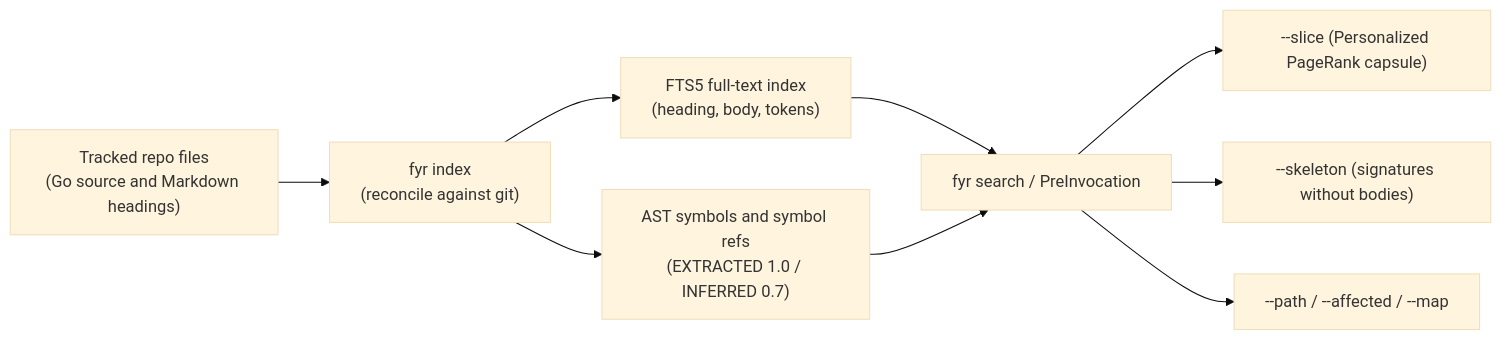
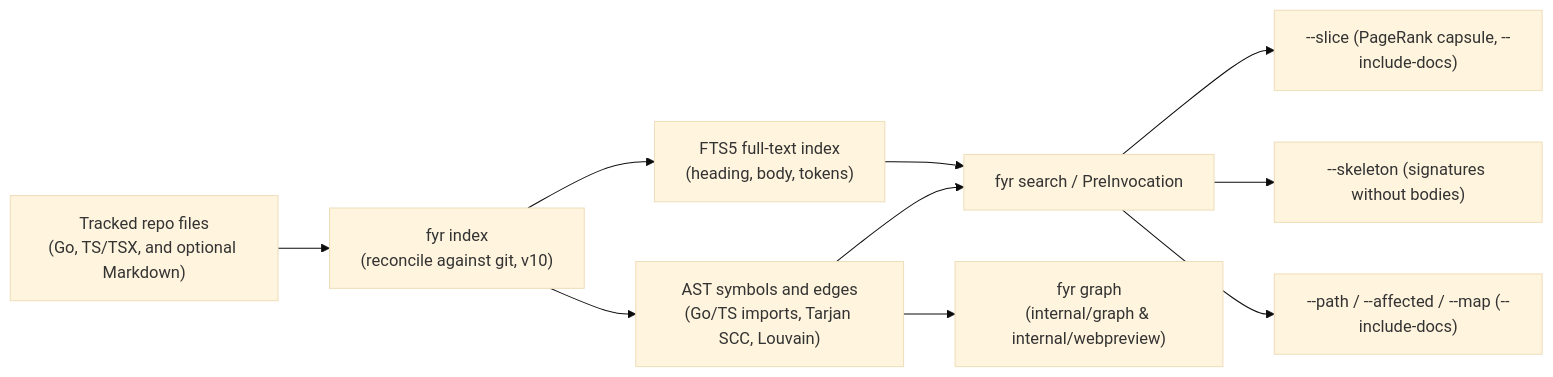
The second of 7 diagrams in features/hooks-and-ast-graph.md (kesokaj/fyr), drawn with Mermaid (base theme) before and after one commit. The commit also changed other lines of this file and 12 other files, not shown here.

Commit message:
docs, graph, metrics: v9.4.0 living specs, reviews, Playwright E2E, and Wave 4b closeout

````diff
--- a/features/hooks-and-ast-graph.md
+++ b/features/hooks-and-ast-graph.md
@@ -38,11 +40,12 @@
 ```mermaid
 flowchart LR
-    repoFiles["Tracked repo files\n(Go source and Markdown headings)"] --> indexer["fyr index\n(reconcile against git)"]
+    repoFiles["Tracked repo files\n(Go, TS/TSX, and optional Markdown)"] --> indexer["fyr index\n(reconcile against git, v10)"]
     indexer --> ftsIndex["FTS5 full-text index\n(heading, body, tokens)"]
-    indexer --> astGraph["AST symbols and symbol refs\n(EXTRACTED 1.0 / INFERRED 0.7)"]
+    indexer --> astGraph["AST symbols and edges\n(Go/TS imports, Tarjan SCC, Louvain)"]
     ftsIndex --> queryEngine["fyr search / PreInvocation"]
     astGraph --> queryEngine
-    queryEngine --> sliceOut["--slice (Personalized PageRank capsule)"]
+    astGraph --> graphCmd["fyr graph\n(internal/graph & internal/webpreview)"]
+    queryEngine --> sliceOut["--slice (PageRank capsule, --include-docs)"]
     queryEngine --> skelOut["--skeleton (signatures without bodies)"]
-    queryEngine --> pathOut["--path / --affected / --map"]
+    queryEngine --> pathOut["--path / --affected / --map (--include-docs)"]
 ```
````
